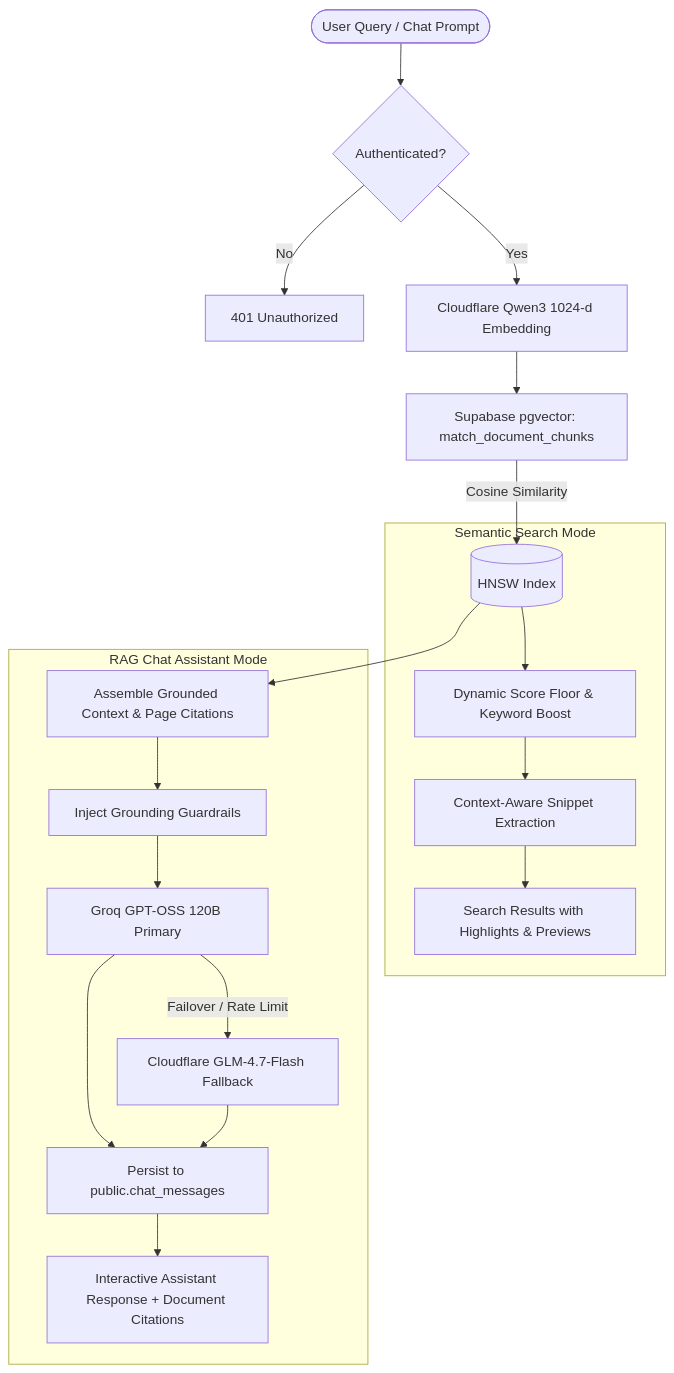
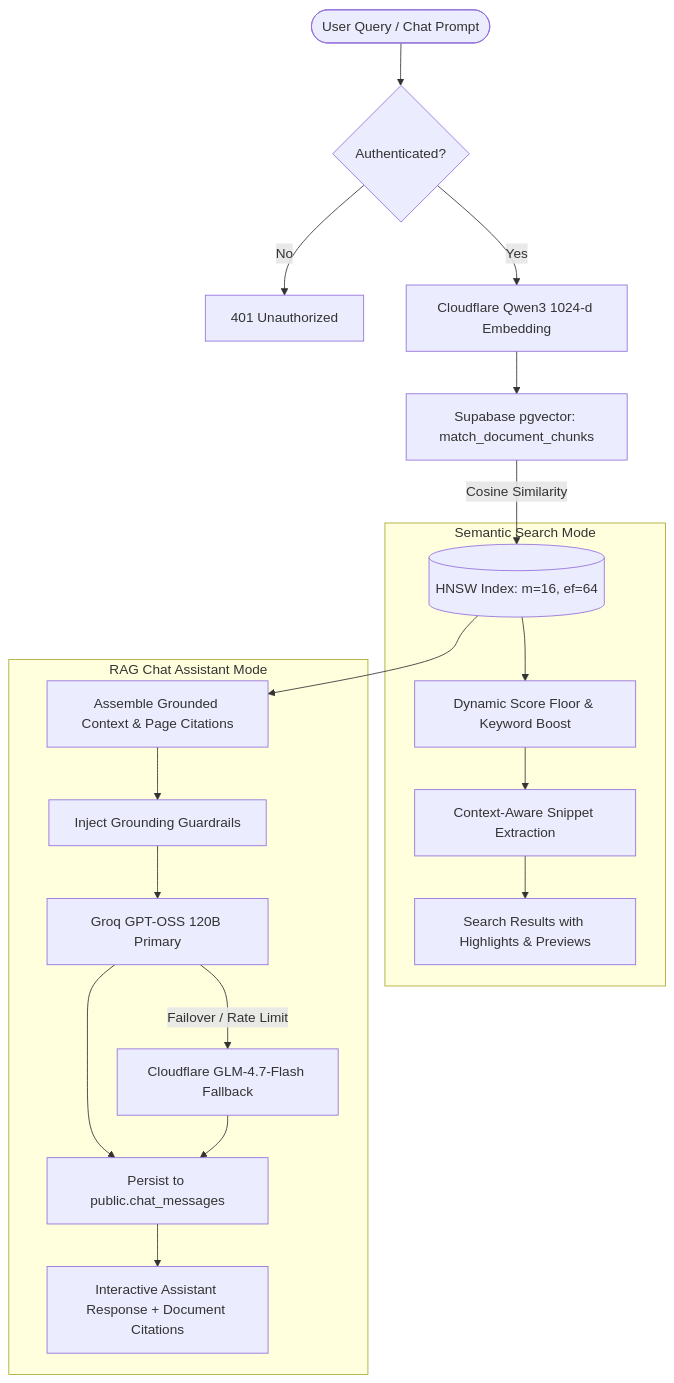
One commit to aayushverma246-ai/PaperWait changed the second of 2 diagrams in README.md. Above: the diagram before and after it, drawn with Mermaid. The commit also changed other lines of this file and 1 other file, not shown here.

Commit message:
feat(core): refine classifier word boundary checks and update README with dual-model architecture

````diff
--- a/README.md
+++ b/README.md
@@ -122,25 +131,25 @@
 ```mermaid
 graph TD
     Query([User Query / Chat Prompt]) --> AuthValidate{Authenticated?}
     AuthValidate -->|No| AuthErr[401 Unauthorized]
     AuthValidate -->|Yes| EmbedQuery[Cloudflare Qwen3 1024-d Embedding]
     
     EmbedQuery --> VectorMatch[Supabase pgvector: match_document_chunks]
-    VectorMatch -->|Cosine Similarity| HNSWIndex[(HNSW Index)]
+    VectorMatch -->|Cosine Similarity| HNSWIndex[(HNSW Index: m=16, ef=64)]
     
     subgraph Semantic Search Mode
         HNSWIndex --> FilterCandidate[Dynamic Score Floor & Keyword Boost]
         FilterCandidate --> SnippetGen[Context-Aware Snippet Extraction]
         SnippetGen --> SearchUI[Search Results with Highlights & Previews]
     end
     
     subgraph RAG Chat Assistant Mode
         HNSWIndex --> GroundContext[Assemble Grounded Context & Page Citations]
         GroundContext --> PromptBuild[Inject Grounding Guardrails]
         PromptBuild --> GroqPrimary[Groq GPT-OSS 120B Primary]
         GroqPrimary -->|Failover / Rate Limit| CFFallback[Cloudflare GLM-4.7-Flash Fallback]
         GroqPrimary --> PersistChat[Persist to public.chat_messages]
         CFFallback --> PersistChat
         PersistChat --> ChatUI[Interactive Assistant Response + Document Citations]
     end
 ```
````
